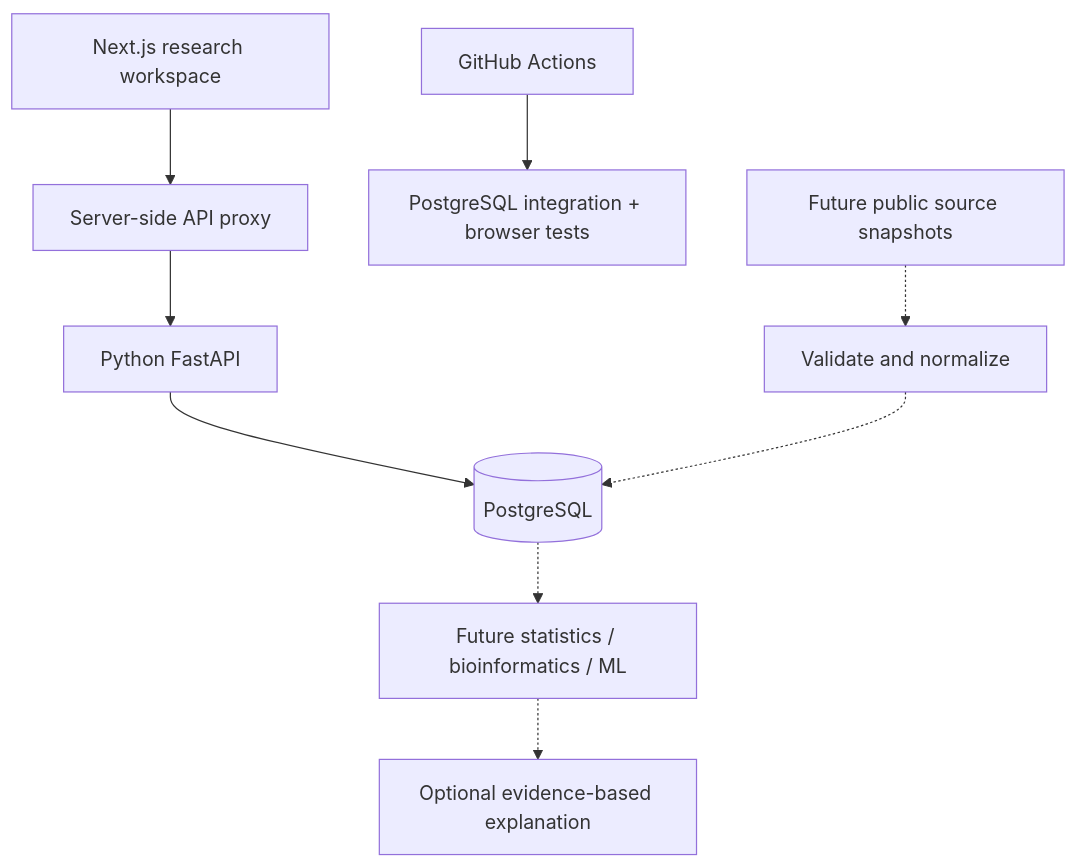
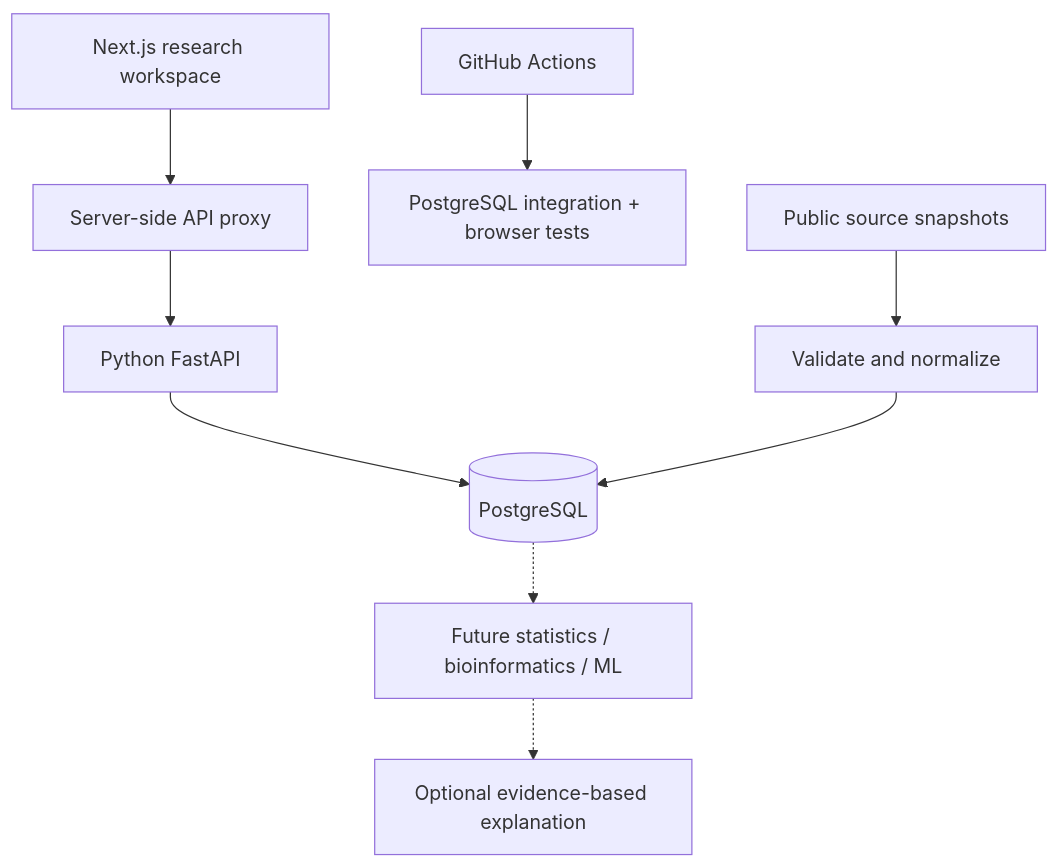
Before and after one commit to 292akhil2929-cmyk/pharmagenome: the diagram in README.md, drawn with Mermaid. The commit also changed other lines of this file and 7 other files, not shown here.

````diff
--- a/README.md
+++ b/README.md
@@ -12,11 +12,11 @@
 ```mermaid
 flowchart TD
   UI[Next.js research workspace] --> Proxy[Server-side API proxy]
   Proxy --> API[Python FastAPI]
   API --> DB[(PostgreSQL)]
   CI[GitHub Actions] --> Tests[PostgreSQL integration + browser tests]
-  Data[Future public source snapshots] -.-> Validate[Validate and normalize]
-  Validate -.-> DB
+  Data[Public source snapshots] --> Validate[Validate and normalize]
+  Validate --> DB
   DB -.-> Analysis[Future statistics / bioinformatics / ML]
   Analysis -.-> Explanation[Optional evidence-based explanation]
 ```
````
